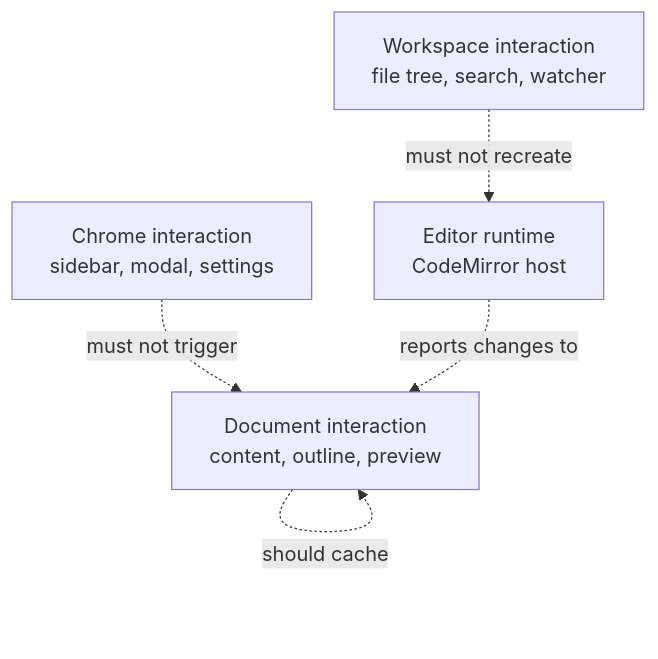
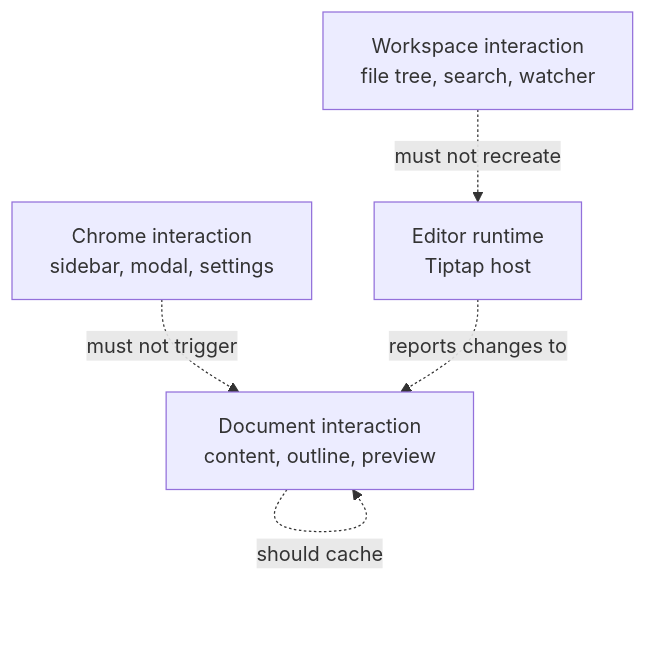
Before and after one commit to Youzi2233/papyro: the diagram in docs/performance-budget.md, drawn with Mermaid. The commit also changed other lines of this file and 19 other files, not shown here.

Commit message:
docs(editor): update tiptap runtime guidance

````diff
--- a/docs/performance-budget.md
+++ b/docs/performance-budget.md
@@ -86,12 +86,12 @@
 ```mermaid
 flowchart TD
     chrome["Chrome interaction<br/>sidebar, modal, settings"]
     workspace["Workspace interaction<br/>file tree, search, watcher"]
     document["Document interaction<br/>content, outline, preview"]
-    editor["Editor runtime<br/>CodeMirror host"]
+    editor["Editor runtime<br/>Tiptap host"]
 
     chrome -. must not trigger .-> document
     workspace -. must not recreate .-> editor
     document -. should cache .-> document
     editor -. reports changes to .-> document
 ```
````
